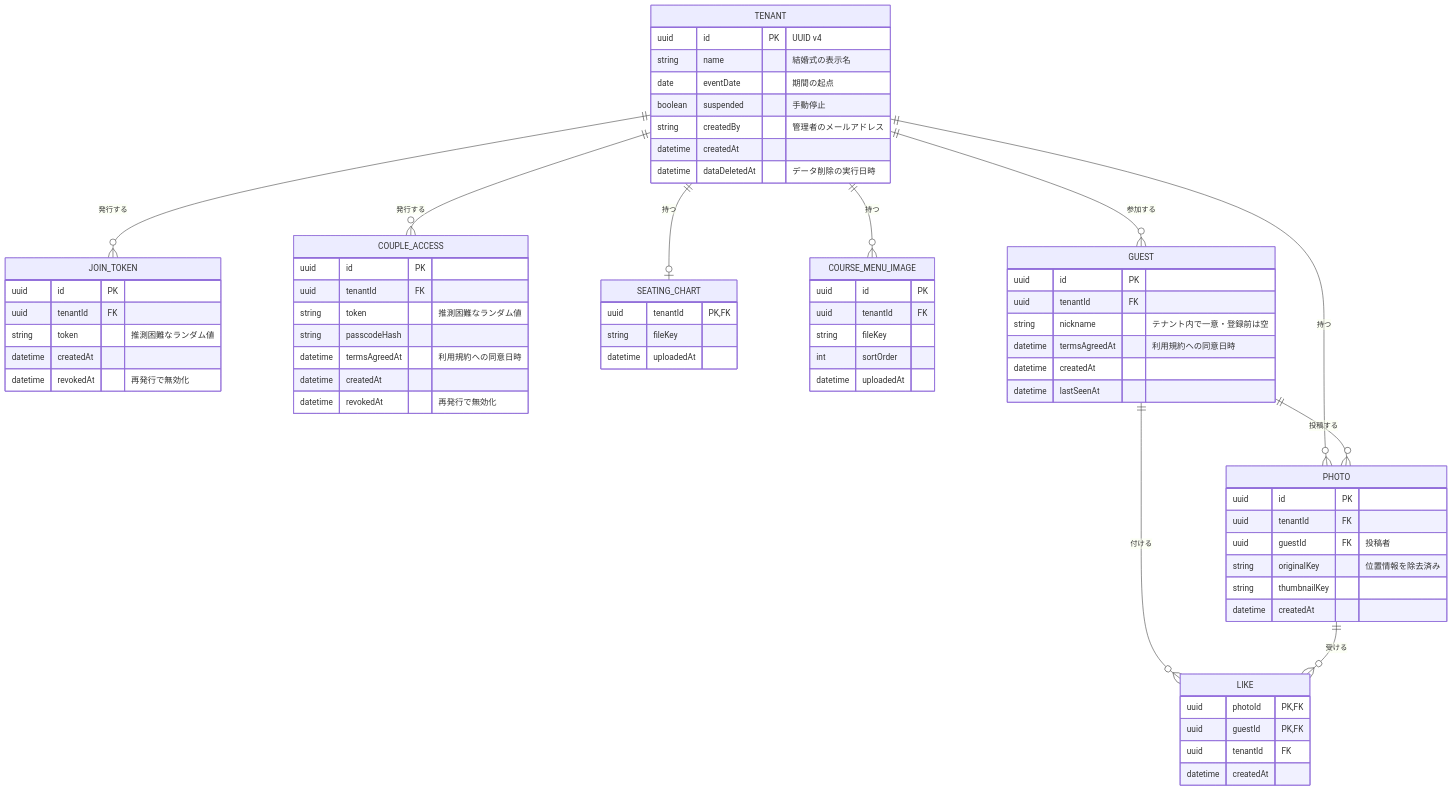
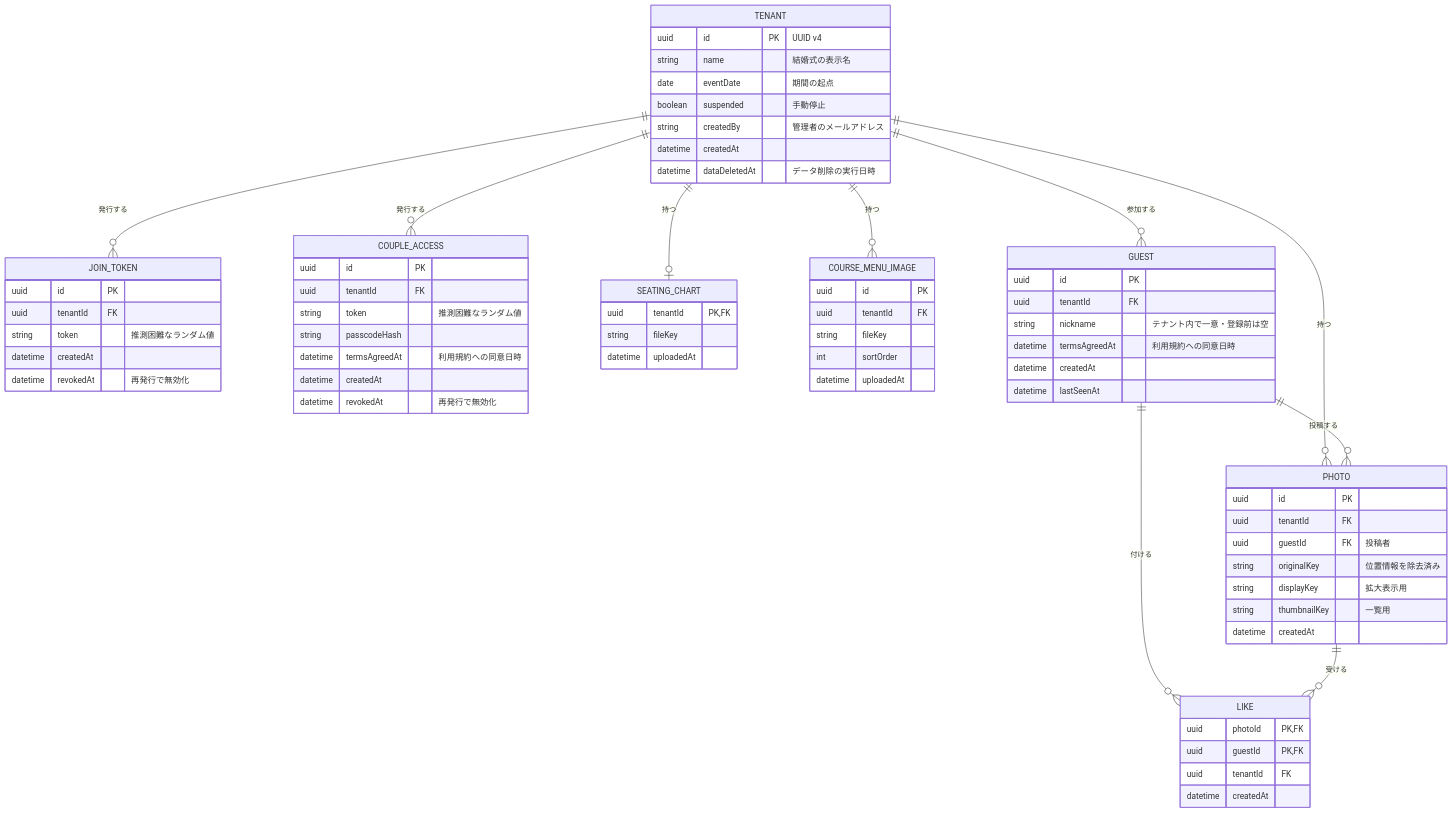
One commit to Nagomu0128/would-you-marry.me changed the diagram in docs/design/domain-model.md. Above: the diagram before and after it, drawn with Mermaid. The commit also changed other lines of this file and 8 other files, not shown here.

````diff
--- a/docs/design/domain-model.md
+++ b/docs/design/domain-model.md
@@ -22,72 +23,73 @@
 ```mermaid
 erDiagram
     TENANT ||--o{ JOIN_TOKEN : "発行する"
     TENANT ||--o{ COUPLE_ACCESS : "発行する"
     TENANT ||--o| SEATING_CHART : "持つ"
     TENANT ||--o{ COURSE_MENU_IMAGE : "持つ"
     TENANT ||--o{ GUEST : "参加する"
     TENANT ||--o{ PHOTO : "持つ"
     GUEST ||--o{ PHOTO : "投稿する"
     GUEST ||--o{ LIKE : "付ける"
     PHOTO ||--o{ LIKE : "受ける"
 
     TENANT {
         uuid id PK "UUID v4"
         string name "結婚式の表示名"
         date eventDate "期間の起点"
         boolean suspended "手動停止"
         string createdBy "管理者のメールアドレス"
         datetime createdAt
         datetime dataDeletedAt "データ削除の実行日時"
     }
     JOIN_TOKEN {
         uuid id PK
         uuid tenantId FK
         string token "推測困難なランダム値"
         datetime createdAt
         datetime revokedAt "再発行で無効化"
     }
     COUPLE_ACCESS {
         uuid id PK
         uuid tenantId FK
         string token "推測困難なランダム値"
         string passcodeHash
         datetime termsAgreedAt "利用規約への同意日時"
         datetime createdAt
         datetime revokedAt "再発行で無効化"
     }
     SEATING_CHART {
         uuid tenantId PK, FK
         string fileKey
         datetime uploadedAt
     }
     COURSE_MENU_IMAGE {
         uuid id PK
         uuid tenantId FK
         string fileKey
         int sortOrder
         datetime uploadedAt
     }
     GUEST {
         uuid id PK
         uuid tenantId FK
         string nickname "テナント内で一意・登録前は空"
         datetime termsAgreedAt "利用規約への同意日時"
         datetime createdAt
         datetime lastSeenAt
     }
     PHOTO {
         uuid id PK
         uuid tenantId FK
         uuid guestId FK "投稿者"
         string originalKey "位置情報を除去済み"
-        string thumbnailKey
+        string displayKey "拡大表示用"
+        string thumbnailKey "一覧用"
         datetime createdAt
     }
     LIKE {
         uuid photoId PK, FK
         uuid guestId PK, FK
         uuid tenantId FK
         datetime createdAt
     }
 ```
````
